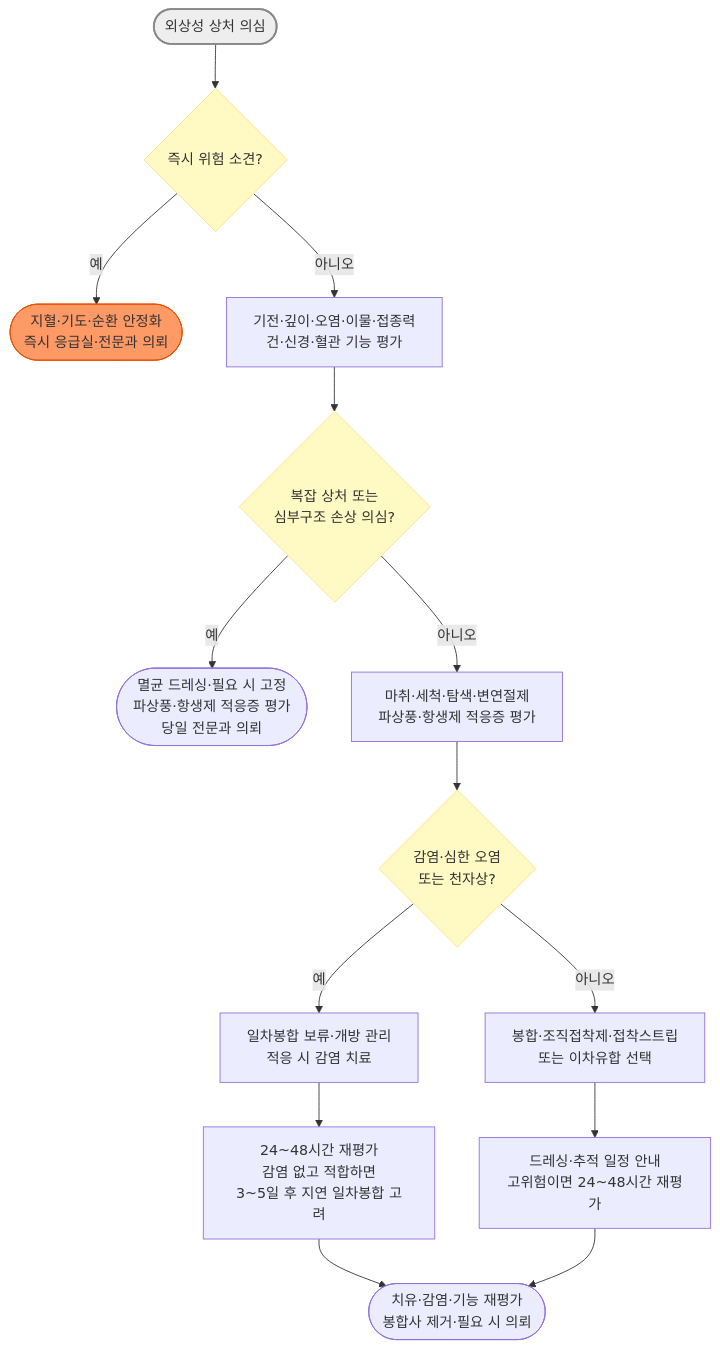
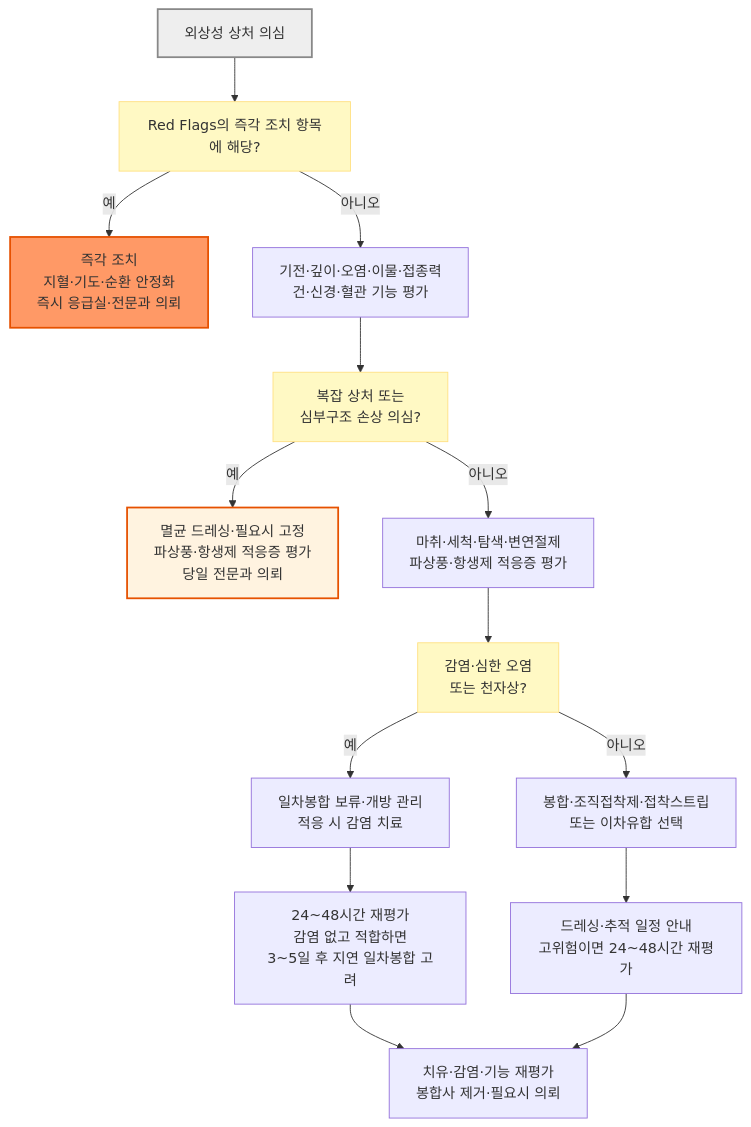
Before and after one commit to familyoh77/familyoh77: the diagram in 230_/202_-wound-care.md, drawn with Mermaid. The commit also changed other lines of this file and 16 other files, not shown here.

````diff
--- a/230_/202_-wound-care.md
+++ b/230_/202_-wound-care.md
@@ -75,21 +75,22 @@
 ```mermaid
 flowchart TD
-    A(["외상성 상처 의심"]) --> B{"즉시 위험 소견?"}
-    B -- 예 --> C(["지혈·기도·순환 안정화<br/>즉시 응급실·전문과 의뢰"])
-    B -- 아니오 --> D["기전·깊이·오염·이물·접종력<br/>건·신경·혈관 기능 평가"]
-    D --> E{"복잡 상처 또는<br/>심부구조 손상 의심?"}
-    E -- 예 --> F(["멸균 드레싱·필요 시 고정<br/>파상풍·항생제 적응증 평가<br/>당일 전문과 의뢰"])
-    E -- 아니오 --> G["마취·세척·탐색·변연절제<br/>파상풍·항생제 적응증 평가"]
-    G --> H{"감염·심한 오염<br/>또는 천자상?"}
-    H -- 예 --> I["일차봉합 보류·개방 관리<br/>적응 시 감염 치료"]
-    H -- 아니오 --> J["봉합·조직접착제·접착스트립<br/>또는 이차유합 선택"]
+    A["외상성 상처 의심"] --> B["Red Flags의 즉각 조치 항목에 해당?"]
+    B -- "예" --> C["즉각 조치<br/>지혈·기도·순환 안정화<br/>즉시 응급실·전문과 의뢰"]
+    B -- "아니오" --> D["기전·깊이·오염·이물·접종력<br/>건·신경·혈관 기능 평가"]
+    D --> E["복잡 상처 또는<br/>심부구조 손상 의심?"]
+    E -- "예" --> F["멸균 드레싱·필요시 고정<br/>파상풍·항생제 적응증 평가<br/>당일 전문과 의뢰"]
+    E -- "아니오" --> G["마취·세척·탐색·변연절제<br/>파상풍·항생제 적응증 평가"]
+    G --> H["감염·심한 오염<br/>또는 천자상?"]
+    H -- "예" --> I["일차봉합 보류·개방 관리<br/>적응 시 감염 치료"]
+    H -- "아니오" --> J["봉합·조직접착제·접착스트립<br/>또는 이차유합 선택"]
     I --> K["24~48시간 재평가<br/>감염 없고 적합하면<br/>3~5일 후 지연 일차봉합 고려"]
     J --> M["드레싱·추적 일정 안내<br/>고위험이면 24~48시간 재평가"]
-    K --> L(["치유·감염·기능 재평가<br/>봉합사 제거·필요 시 의뢰"])
+    K --> L["치유·감염·기능 재평가<br/>봉합사 제거·필요시 의뢰"]
     M --> L
+
+    classDef question fill:#fff9c4,stroke:#ffe082
+    class B,E,H question
     style A fill:#eeeeee,stroke:#888888,stroke-width:2px
-    style B fill:#fff9c4,stroke:#ffe082
-    style E fill:#fff9c4,stroke:#ffe082
-    style H fill:#fff9c4,stroke:#ffe082
-    style C fill:#f96,stroke:#e65100
+    style C fill:#f96,stroke:#e65100,stroke-width:2px
+    style F fill:#fff3e0,stroke:#e65100,stroke-width:2px
 ```
````
